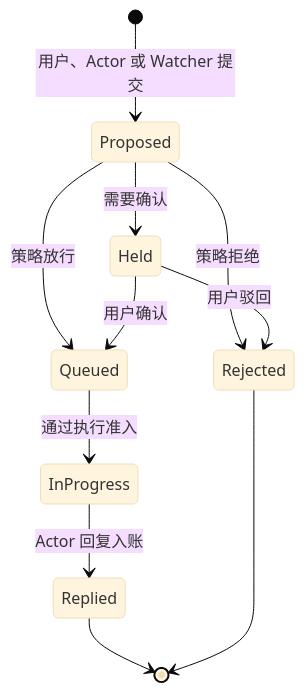
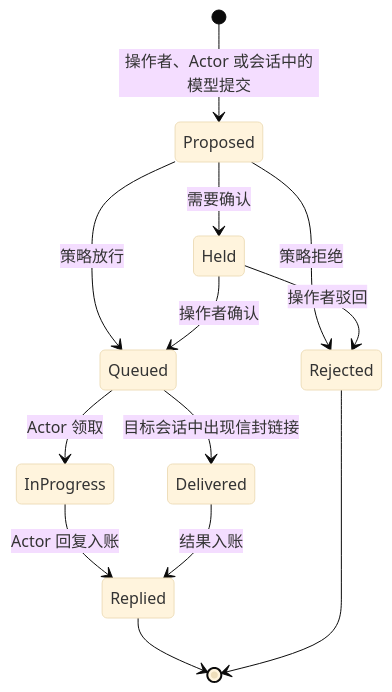
Before and after one commit to zhscn/consign: the first of 2 diagrams in IMPLEMENTATION.md, drawn with Mermaid (base theme). The commit also changed other lines of this file and 1 other file, not shown here.

````diff
--- a/IMPLEMENTATION.md
+++ b/IMPLEMENTATION.md
@@ -67,13 +116,15 @@
 ```mermaid
 stateDiagram-v2
-  [*] --> Proposed: 用户、Actor 或 Watcher 提交
+  [*] --> Proposed: 操作者、Actor 或会话中的模型提交
   Proposed --> Held: 需要确认
   Proposed --> Rejected: 策略拒绝
   Proposed --> Queued: 策略放行
-  Held --> Rejected: 用户驳回
-  Held --> Queued: 用户确认
-  Queued --> InProgress: 通过执行准入
+  Held --> Rejected: 操作者驳回
+  Held --> Queued: 操作者确认
+  Queued --> InProgress: Actor 领取
+  Queued --> Delivered: 目标会话中出现信封链接
   InProgress --> Replied: Actor 回复入账
+  Delivered --> Replied: 结果入账
   Replied --> [*]
   Rejected --> [*]
 ```
````
